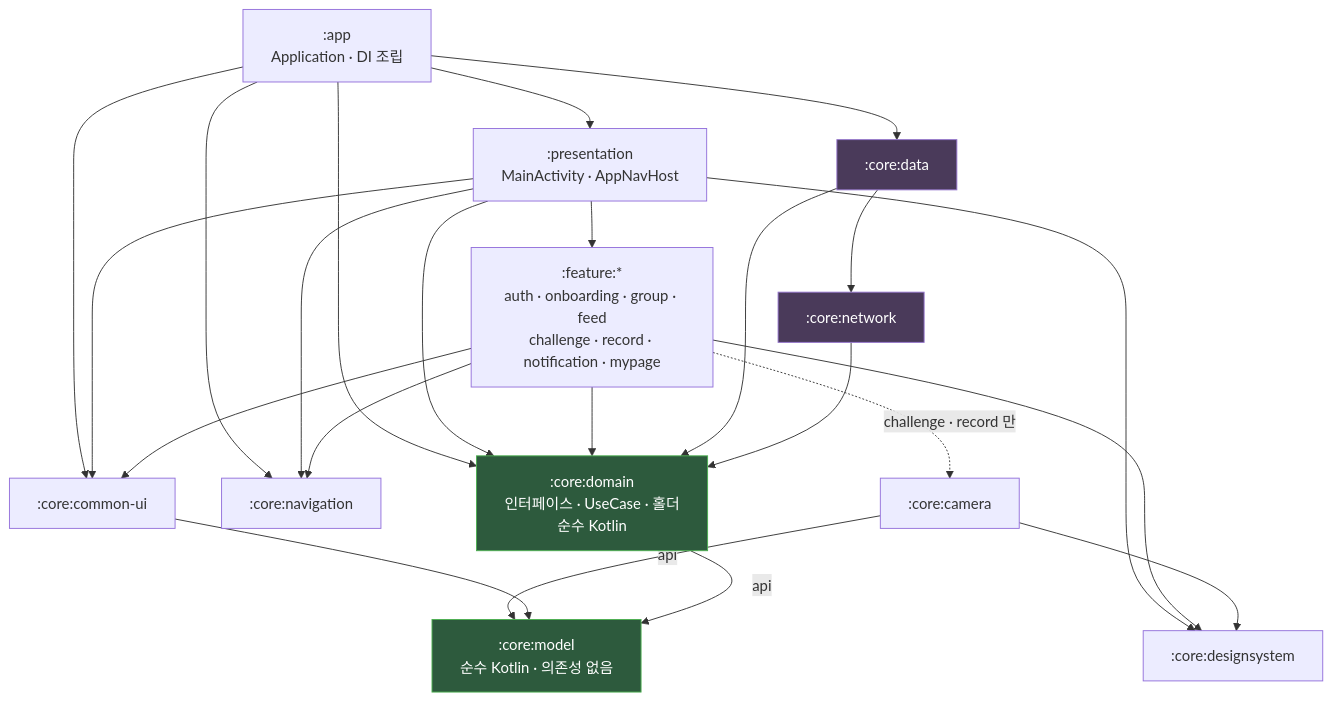
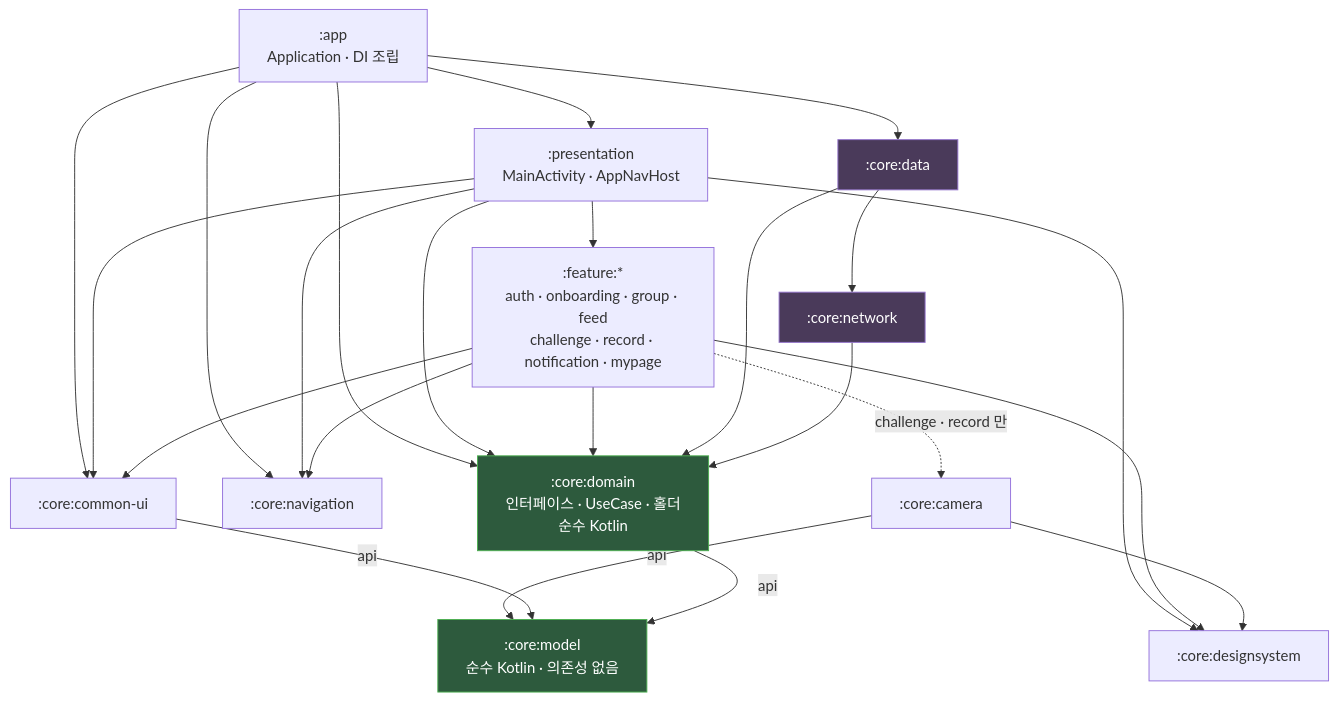
Before and after one commit to Central-MakeUs/mody-android: the diagram in README.md, drawn with Mermaid.

Commit message:
docs: Dependency Graph 의 common-ui → model 을 api 로 고친다
32a128d 에서 :core:common-ui 의 :core:model 의존을 api 로 올렸는데 그래프는
실선 무라벨(= implementation)로 남아 있었다.

전 간선을 빌드 스크립트와 기계적으로 대조했다. feature 공통 의존성은 규약
플러그인(AndroidFeatureConventionPlugin)이 주입하므로 그쪽도 함께 읽었다.
실제 22개 / 그래프 22개, 양방향 차집합 0.

````diff
--- a/README.md
+++ b/README.md
@@ -89,48 +89,48 @@
 ```mermaid
 graph TD
     app[":app<br/>Application · DI 조립"]
     pres[":presentation<br/>MainActivity · AppNavHost"]
     feat[":feature:*<br/>auth · onboarding · group · feed<br/>challenge · record · notification · mypage"]
 
     cui[":core:common-ui"]
     ds[":core:designsystem"]
     nav[":core:navigation"]
     cam[":core:camera"]
     model[":core:model<br/>순수 Kotlin · 의존성 없음"]
     dom[":core:domain<br/>인터페이스 · UseCase · 홀더<br/>순수 Kotlin"]
     data[":core:data"]
     net[":core:network"]
 
     app --> pres
     app --> data
     app --> cui
     app --> nav
     app --> dom
     pres --> feat
     pres --> cui
     pres --> ds
     pres --> nav
     pres --> dom
 
     feat --> cui
     feat --> ds
     feat --> nav
     feat --> dom
     feat -. "challenge · record 만" .-> cam
 
     cam --> ds
     cam -- "api" --> model
 
-    cui --> model
+    cui -- "api" --> model
 
     dom -- "api" --> model
 
     data --> dom
     data --> net
     net --> dom
 
     classDef domain fill:#2d5a3d,stroke:#4caf50,color:#fff
     classDef impl fill:#4a3a5a,stroke:#9575cd,color:#fff
     class dom,model domain
     class data,net impl
 ```
````
